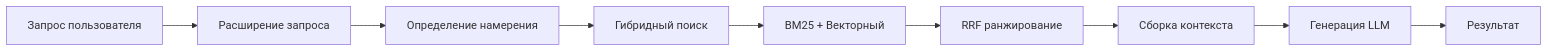
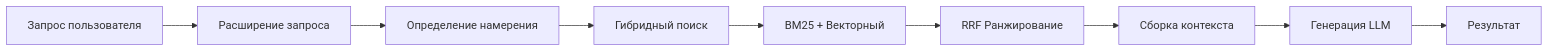
The fourth of 4 diagrams in README.md (Sucotasch/Repo-Prompt-Generator), drawn with Mermaid before and after one commit. The commit also changed other lines of this file, not shown here.

````diff
--- a/README.md
+++ b/README.md
@@ -662,11 +636,11 @@
 ```mermaid
 flowchart LR
     A[Запрос пользователя] --> B[Расширение запроса]
     B --> C[Определение намерения]
     C --> D[Гибридный поиск]
     D --> E[BM25 + Векторный]
-    E --> F[RRF ранжирование]
+    E --> F[RRF Ранжирование]
     F --> G[Сборка контекста]
     G --> H[Генерация LLM]
     H --> I[Результат]
 ```
````
